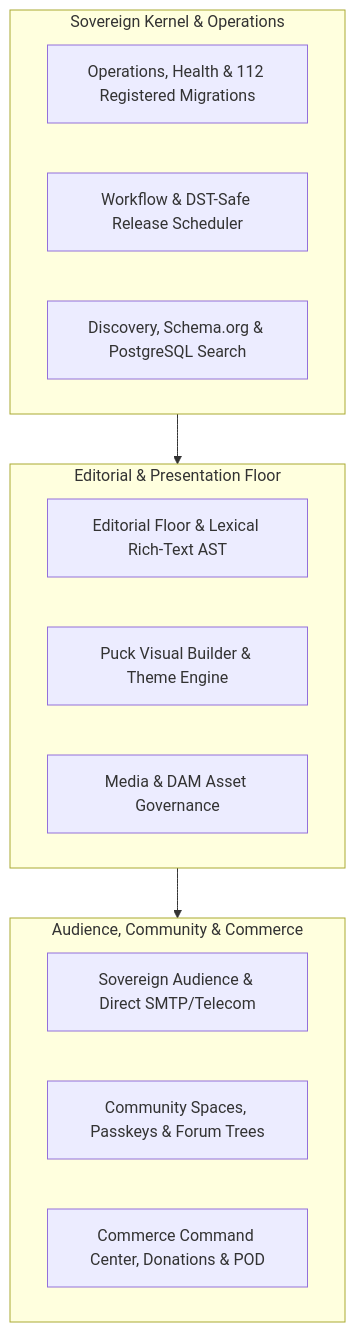
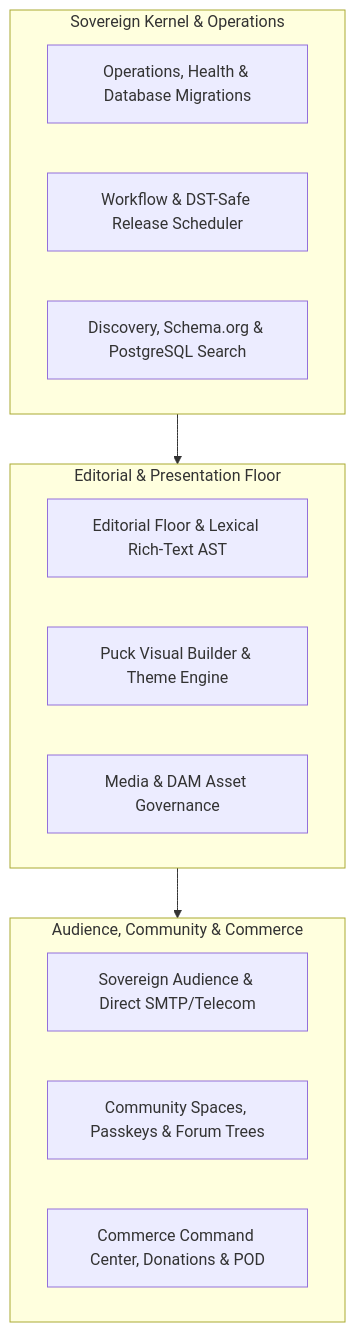
One commit to mosesjgunner/Renegade-CMS changed the diagram in README.md. Above: the diagram before and after it, drawn with Mermaid. The commit also changed other lines of this file and 24 other files, not shown here.

````diff
--- a/README.md
+++ b/README.md
@@ -43,23 +45,23 @@
 ```mermaid
 graph TD
     subgraph Core ["Sovereign Kernel & Operations"]
-        OP[Operations, Health & 112 Registered Migrations]
+        OP[Operations, Health & Database Migrations]
         WF[Workflow & DST-Safe Release Scheduler]
         DS[Discovery, Schema.org & PostgreSQL Search]
     end
 
     subgraph ContentZone ["Editorial & Presentation Floor"]
         ED[Editorial Floor & Lexical Rich-Text AST]
         PB[Puck Visual Builder & Theme Engine]
         DAM[Media & DAM Asset Governance]
     end
 
     subgraph Interaction ["Audience, Community & Commerce"]
         AUD[Sovereign Audience & Direct SMTP/Telecom]
         COM[Community Spaces, Passkeys & Forum Trees]
         SHP[Commerce Command Center, Donations & POD]
     end
 
     Core --> ContentZone
     ContentZone --> Interaction
 ```
````
